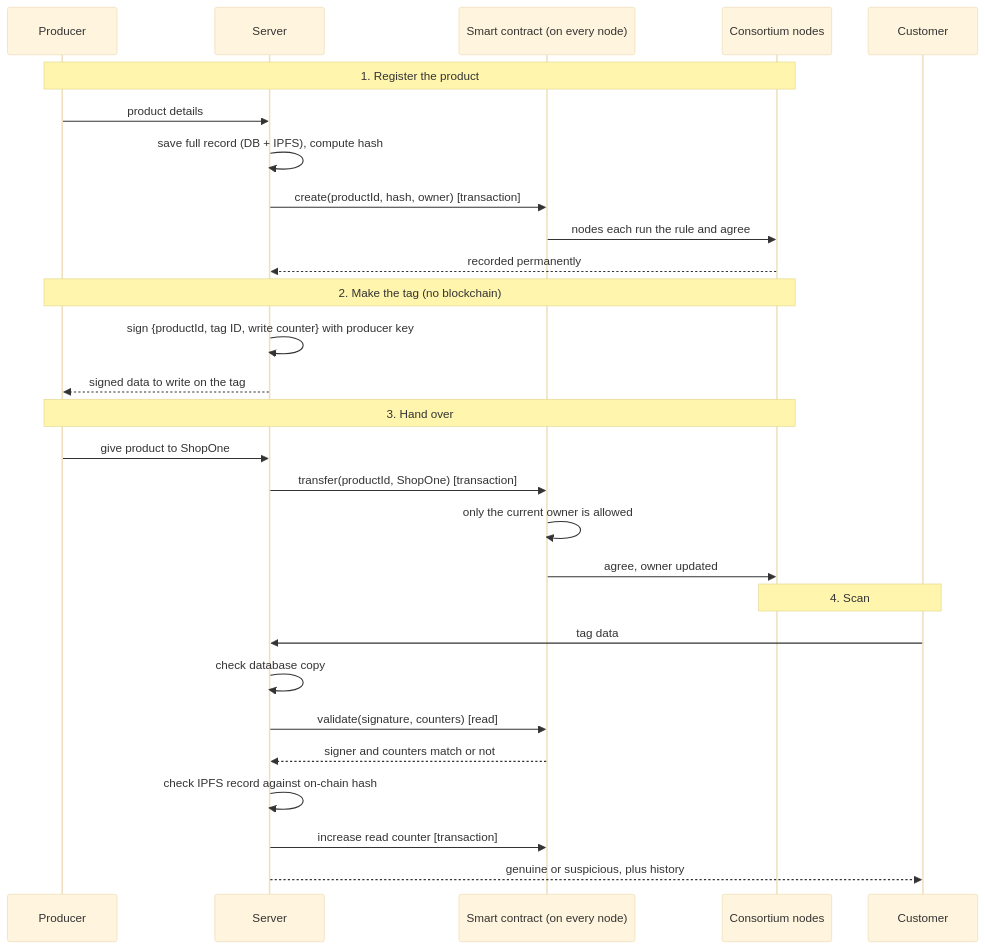
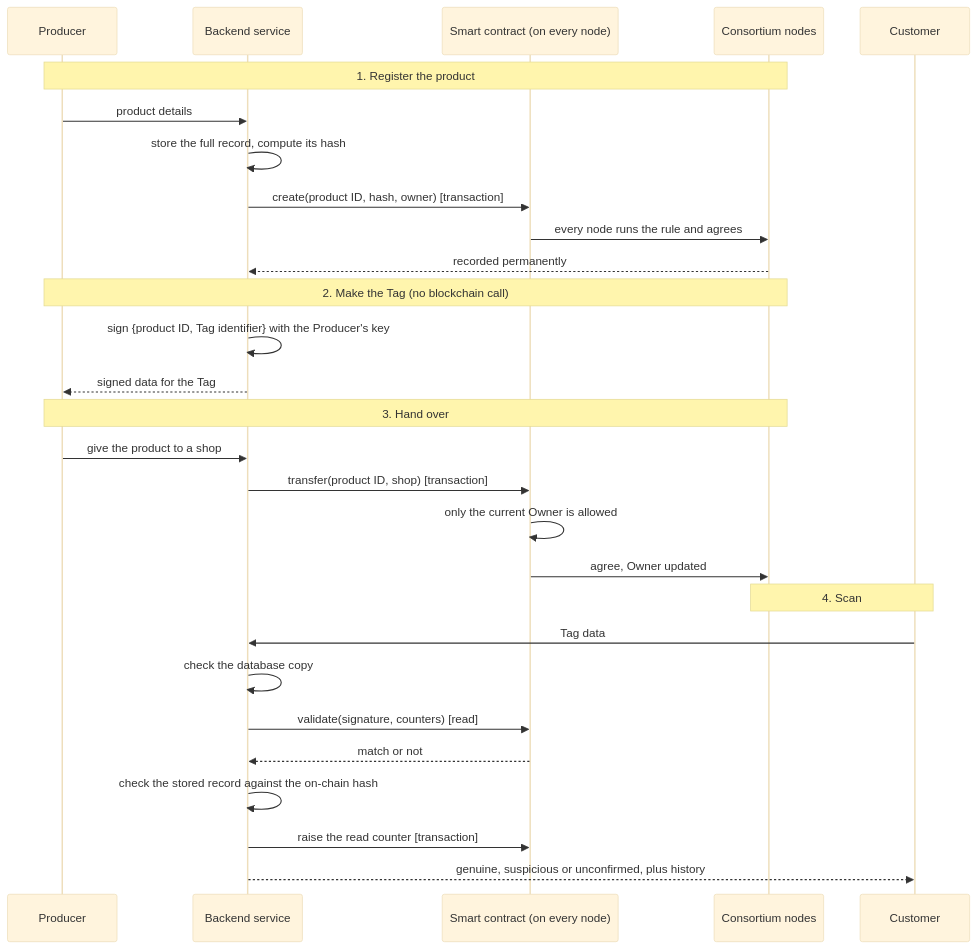
One commit to riteshpandey2024-cyber/BlockChainAuth changed the second of 5 diagrams in PROJECT_DESIGN_EXPLAINED.md. Above: the diagram before and after it, drawn with Mermaid (base theme). The commit also changed other lines of this file and 4 other files, not shown here.

First line of the commit message:
Revise documentation for blockchain-based product authenticity checker

````diff
--- a/PROJECT_DESIGN_EXPLAINED.md
+++ b/PROJECT_DESIGN_EXPLAINED.md
@@ -312,34 +260,34 @@
 ```mermaid
 sequenceDiagram
     participant P as Producer
-    participant S as Server
+    participant S as Backend service
     participant C as Smart contract (on every node)
     participant N as Consortium nodes
     participant U as Customer
 
     Note over P,N: 1. Register the product
     P->>S: product details
-    S->>S: save full record (DB + IPFS), compute hash
-    S->>C: create(productId, hash, owner)   [transaction]
-    C->>N: nodes each run the rule and agree
+    S->>S: store the full record, compute its hash
+    S->>C: create(product ID, hash, owner)   [transaction]
+    C->>N: every node runs the rule and agrees
     N-->>S: recorded permanently
 
-    Note over P,N: 2. Make the tag (no blockchain)
-    S->>S: sign {productId, tag ID, write counter} with producer key
-    S-->>P: signed data to write on the tag
+    Note over P,N: 2. Make the Tag (no blockchain call)
+    S->>S: sign {product ID, Tag identifier} with the Producer's key
+    S-->>P: signed data for the Tag
 
     Note over P,N: 3. Hand over
-    P->>S: give product to ShopOne
-    S->>C: transfer(productId, ShopOne)   [transaction]
-    C->>C: only the current owner is allowed
-    C->>N: agree, owner updated
+    P->>S: give the product to a shop
+    S->>C: transfer(product ID, shop)   [transaction]
+    C->>C: only the current Owner is allowed
+    C->>N: agree, Owner updated
 
     Note over U,N: 4. Scan
-    U->>S: tag data
-    S->>S: check database copy
+    U->>S: Tag data
+    S->>S: check the database copy
     S->>C: validate(signature, counters)   [read]
-    C-->>S: signer and counters match or not
-    S->>S: check IPFS record against on-chain hash
-    S->>C: increase read counter   [transaction]
-    S-->>U: genuine or suspicious, plus history
+    C-->>S: match or not
+    S->>S: check the stored record against the on-chain hash
+    S->>C: raise the read counter   [transaction]
+    S-->>U: genuine, suspicious or unconfirmed, plus history
 ```
````
